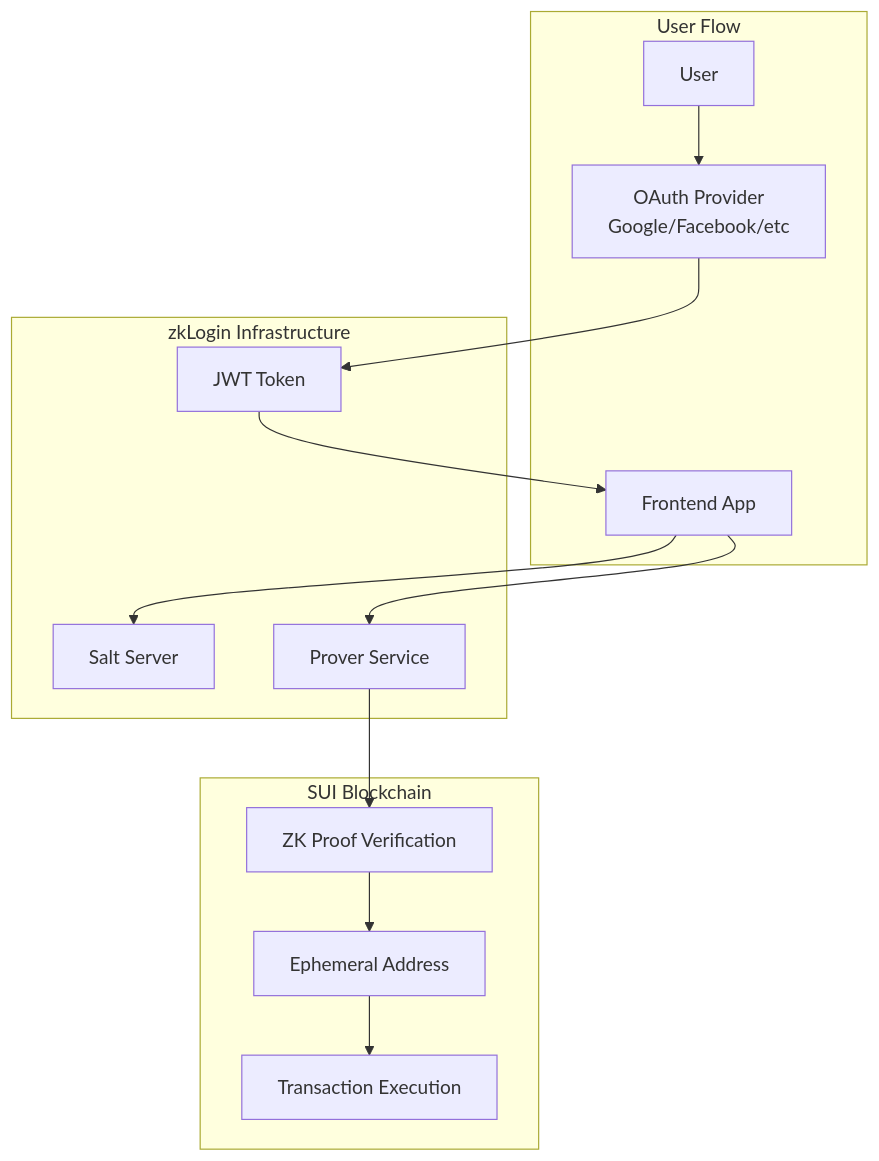
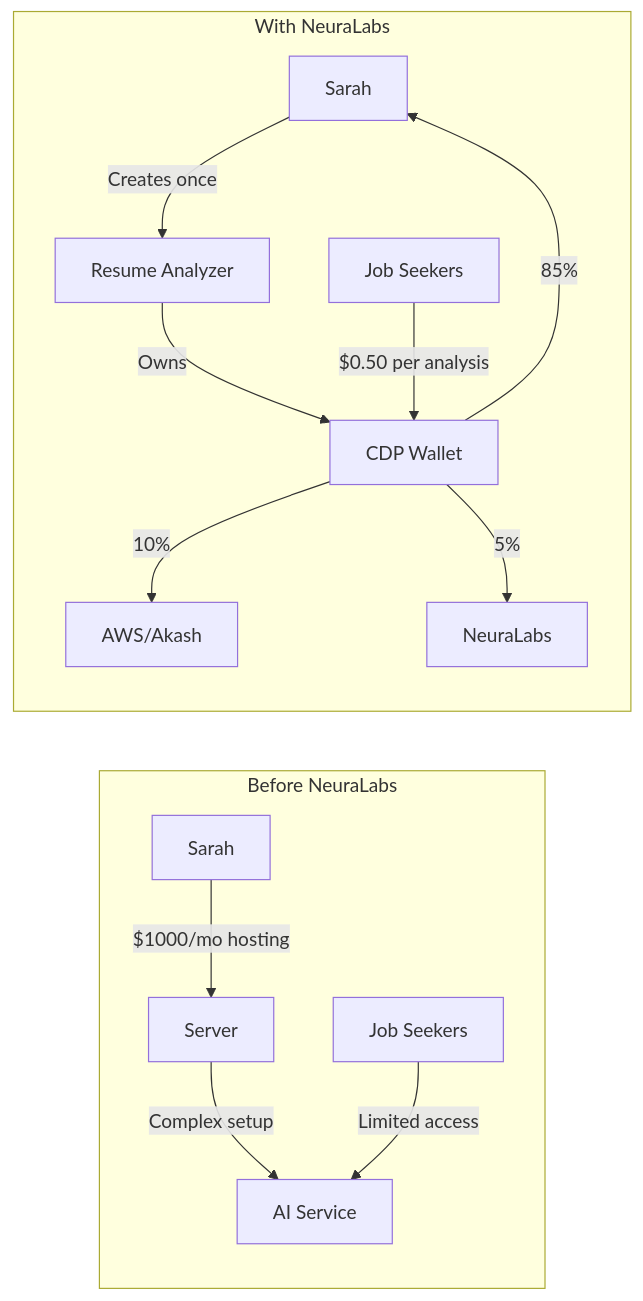
One commit to NeuraLabsHQ/neuralabs-coinbase changed the tenth of 12 diagrams in readme.md. Above: the diagram before and after it, drawn with Mermaid. The commit also changed other lines of this file, not shown here.

````diff
--- a/readme.md
+++ b/readme.md
@@ -1137,29 +633,17 @@
 ```mermaid
-graph TB
-    subgraph "User Flow"
-        U[User]
-        O[OAuth Provider<br/>Google/Facebook/etc]
-        F[Frontend App]
+graph LR
+    subgraph "Before NeuraLabs"
+        S1[Sarah] -->|$1000/mo hosting| SERVER[Server]
+        SERVER -->|Complex setup| AI1[AI Service]
+        USERS1[Job Seekers] -->|Limited access| AI1
     end
     
-    subgraph "zkLogin Infrastructure"
-        SS[Salt Server]
-        PS[Prover Service]
-        JWT[JWT Token]
+    subgraph "With NeuraLabs"
+        S2[Sarah] -->|Creates once| AGENT[Resume Analyzer]
+        AGENT -->|Owns| WALLET[CDP Wallet]
+        USERS2[Job Seekers] -->|$0.50 per analysis| WALLET
+        WALLET -->|85%| S2
+        WALLET -->|10%| INFRA[AWS/Akash]
+        WALLET -->|5%| PLATFORM[NeuraLabs]
     end
-    
-    subgraph "SUI Blockchain"
-        ZKP[ZK Proof Verification]
-        ADDR[Ephemeral Address]
-        TX[Transaction Execution]
-    end
-    
-    U --> O
-    O --> JWT
-    JWT --> F
-    F --> SS
-    F --> PS
-    PS --> ZKP
-    ZKP --> ADDR
-    ADDR --> TX
 ```
````
